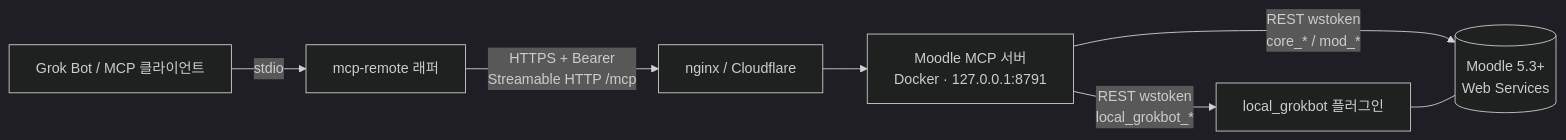
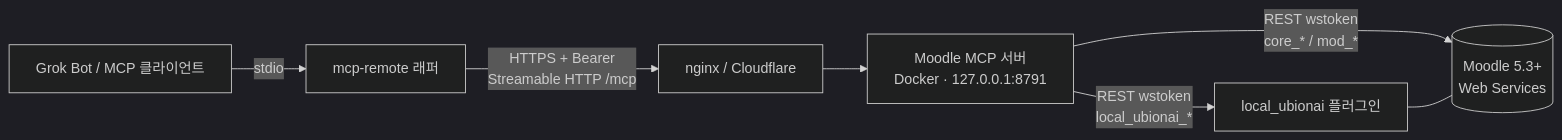
One commit to scottnaddle/moodle-agent-mcp changed the diagram in README.md. Above: the diagram before and after it, drawn with Mermaid (dark theme). The commit also changed other lines of this file and 24 other files, not shown here.

Commit message:
Split plugin out: local_grokbot -> local_ubionai (repo scottnaddle/moodle-local_ubionai); rename WS functions, setup script and defaults

````diff
--- a/README.md
+++ b/README.md
@@ -27,9 +27,9 @@
 ```mermaid
 flowchart LR
   G[Grok Bot / MCP 클라이언트] -- stdio --> R[mcp-remote 래퍼]
   R -- "HTTPS + Bearer<br/>Streamable HTTP /mcp" --> N[nginx / Cloudflare]
   N --> S[Moodle MCP 서버<br/>Docker · 127.0.0.1:8791]
   S -- "REST wstoken<br/>core_* / mod_*" --> M[(Moodle 5.3+<br/>Web Services)]
-  S -- "REST wstoken<br/>local_grokbot_*" --> P[local_grokbot 플러그인]
+  S -- "REST wstoken<br/>local_ubionai_*" --> P[local_ubionai 플러그인]
   P --- M
 ```
````
